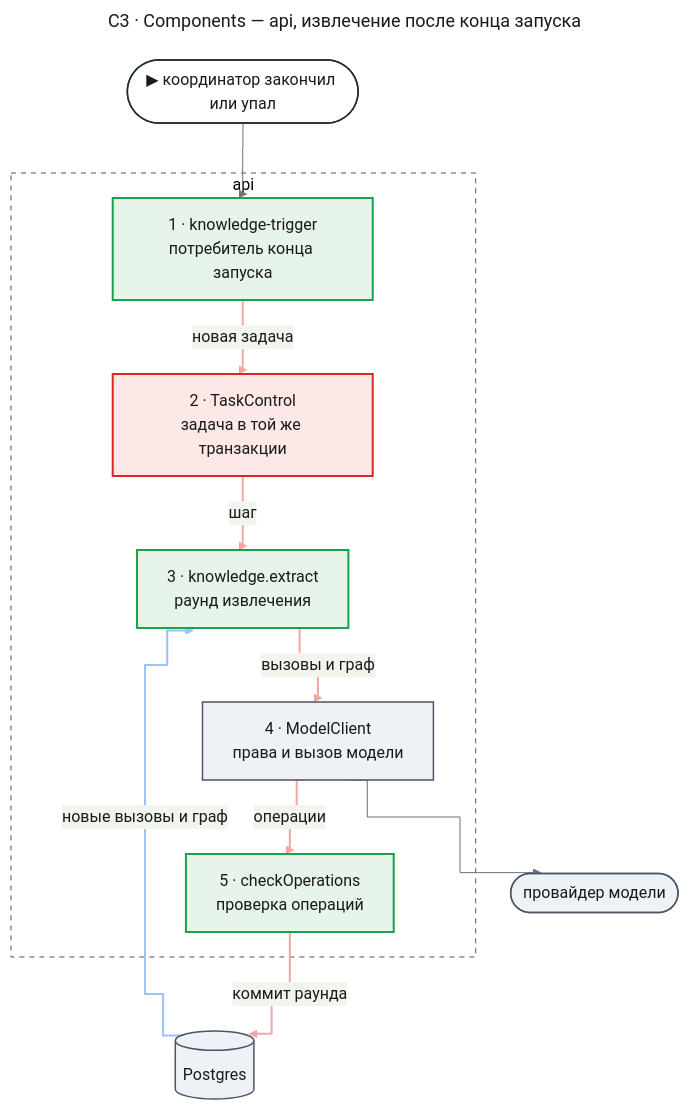
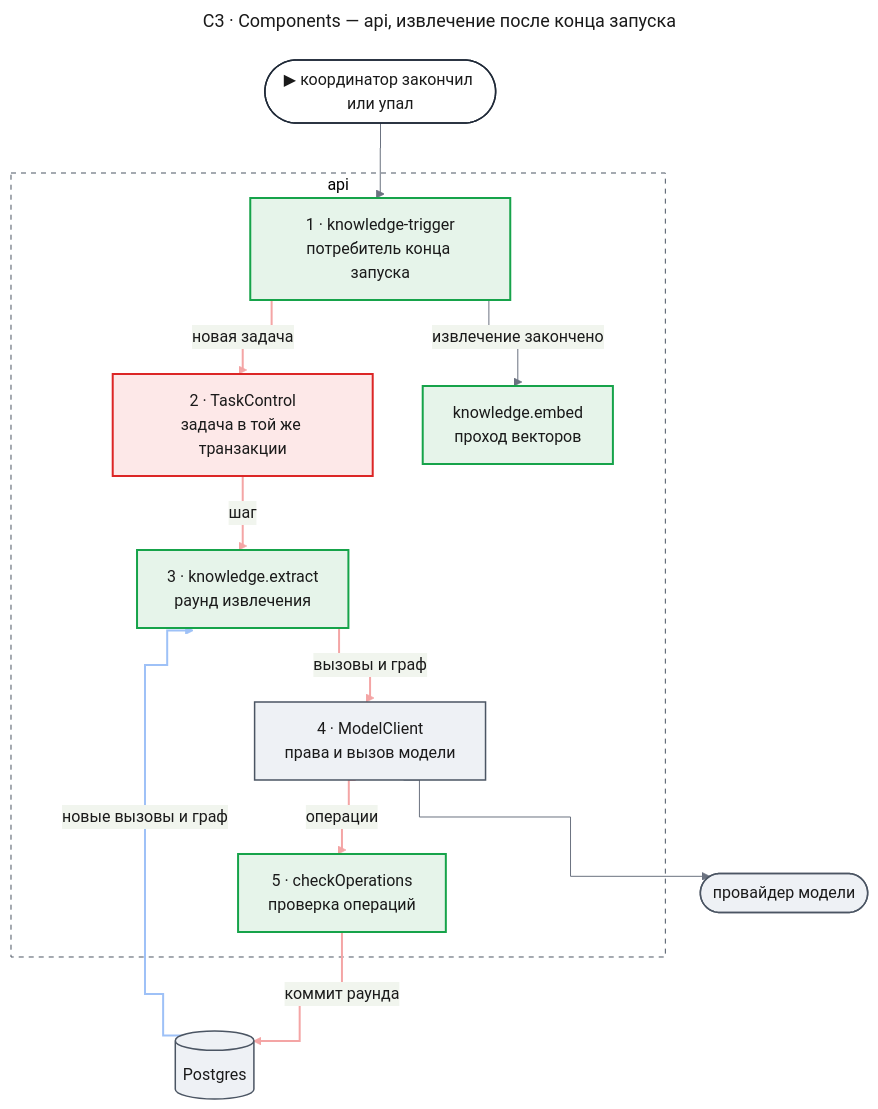
One commit to tundraray/agent-os changed the second of 11 diagrams in docs/features/self-learning/design-core.md. Above: the diagram before and after it, drawn with Mermaid. The commit also changed other lines of this file, not shown here.

````diff
--- a/docs/features/self-learning/design-core.md
+++ b/docs/features/self-learning/design-core.md
@@ -253,59 +299,61 @@
 ```mermaid
 ---
 title: "C3 · Components — api, извлечение после конца запуска"
 config:
   theme: base
   look: classic
   themeVariables:
     primaryColor: "#eef1f5"
     primaryBorderColor: "#4b5563"
     primaryTextColor: "#1a1a1a"
     lineColor: "#6b7280"
   flowchart:
     curve: step
   themeCSS: |
     @keyframes lit_c3ex{0%,15%{stroke:#991b1b;stroke-width:6px}16.67%,100%{stroke:#f4a5a5;stroke-width:2px}}
     @keyframes litr_c3ex{0%,15%{stroke:#1d4ed8;stroke-width:6px}16.67%,100%{stroke:#9ec1f7;stroke-width:2px}}
 ---
 flowchart TB
     entry(["▶ координатор закончил или упал"])
     subgraph apibox["api"]
         trigger["1 · knowledge-trigger<br/>потребитель конца запуска"]
         tasks["2 · TaskControl<br/>задача в той же транзакции"]
         extract["3 · knowledge.extract<br/>раунд извлечения"]
         client["4 · ModelClient<br/>права и вызов модели"]
         check["5 · checkOperations<br/>проверка операций"]
+        embed["knowledge.embed<br/>проход векторов"]
     end
     llm(["провайдер модели"])
     pg[("Postgres")]
     entry --> trigger
     trigger e1@-->|"новая задача"| tasks
     tasks e2@-->|"шаг"| extract
     extract e3@-->|"вызовы и граф"| client
     client e4@-->|"операции"| check
     check e5@-->|"коммит раунда"| pg
     pg e6@-->|"новые вызовы и граф"| extract
     client --> llm
+    trigger -->|"извлечение закончено"| embed
     classDef entry fill:#ffffff,stroke:#1f2937,stroke-width:1.5px,color:#1a1a1a
     classDef changed fill:#fde8e8,stroke:#dc2626,stroke-width:2px,color:#1a1a1a
     classDef new fill:#e6f4ea,stroke:#16a34a,stroke-width:2px,color:#1a1a1a
     classDef unchanged fill:#eef1f5,stroke:#4b5563,stroke-width:1.5px,color:#1a1a1a
     classDef boundary fill:none,stroke:#4b5563,stroke-width:1px,stroke-dasharray:5 5
     classDef w1 stroke:#f4a5a5,stroke-width:2px,animation:lit_c3ex 7.2s linear 0s infinite
     classDef w2 stroke:#f4a5a5,stroke-width:2px,animation:lit_c3ex 7.2s linear 1.2s infinite
     classDef w3 stroke:#f4a5a5,stroke-width:2px,animation:lit_c3ex 7.2s linear 2.4s infinite
     classDef w4 stroke:#f4a5a5,stroke-width:2px,animation:lit_c3ex 7.2s linear 3.6s infinite
     classDef w5 stroke:#f4a5a5,stroke-width:2px,animation:lit_c3ex 7.2s linear 4.8s infinite
     classDef r6 stroke:#9ec1f7,stroke-width:2px,animation:litr_c3ex 7.2s linear 6s infinite
     class entry entry
-    class trigger,extract,check new
+    class trigger,extract,check,embed new
     class tasks changed
     class client,llm,pg unchanged
     class apibox boundary
     class e1 w1
     class e2 w2
     class e3 w3
     class e4 w4
     class e5 w5
     class e6 r6
 ```
````
